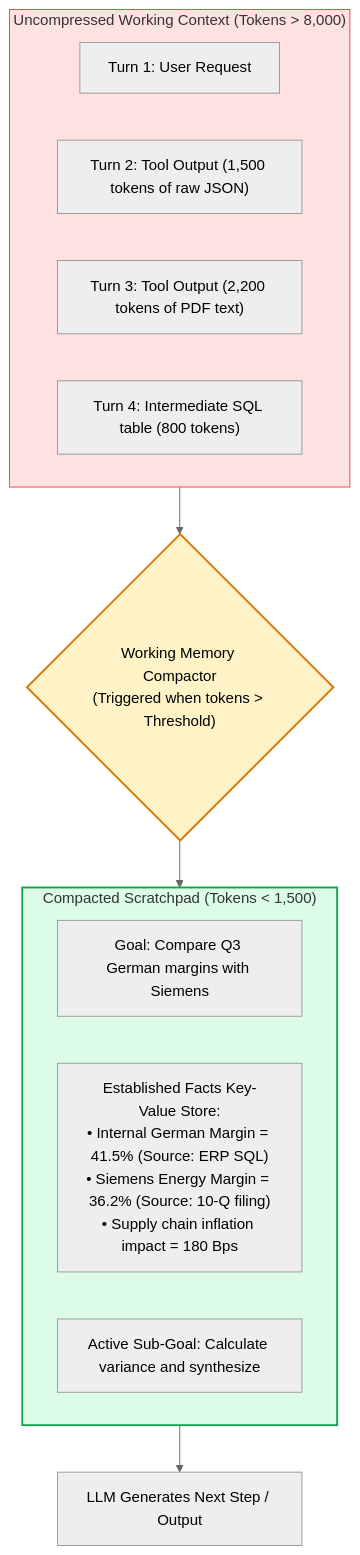
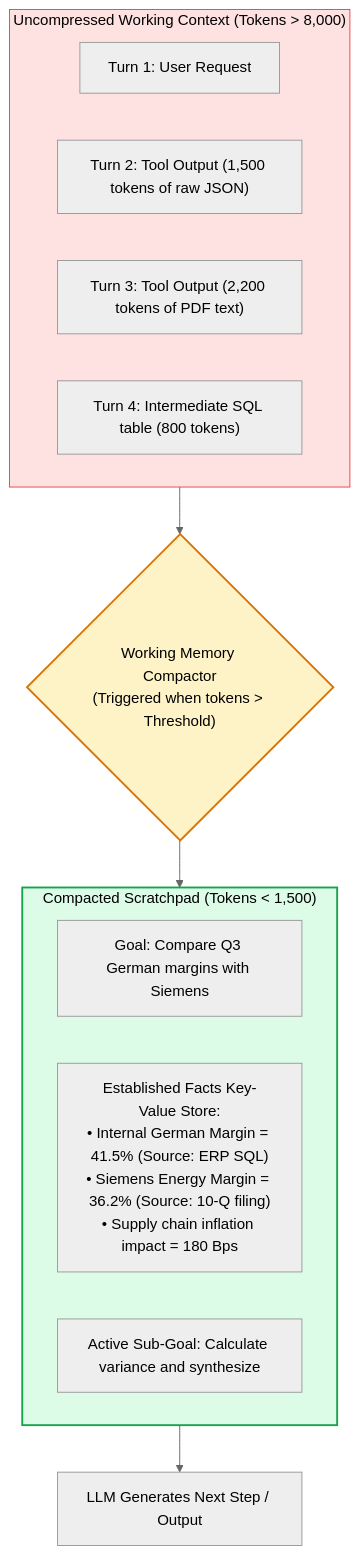
One commit to swapnil3104/RAG-Engineering changed the second of 5 diagrams in 07-Agentic-RAG/Memory-in-RAG.md. Above: the diagram before and after it, drawn with Mermaid (neutral theme). The commit also changed other lines of this file and 108 other files, not shown here.

Commit message:
fix: make chart text visible across all Mermaid diagrams and resolve markdown table formatting issues

````diff
--- a/07-Agentic-RAG/Memory-in-RAG.md
+++ b/07-Agentic-RAG/Memory-in-RAG.md
@@ -110,24 +110,24 @@
 ```mermaid
 flowchart TD
     subgraph RawState ["Uncompressed Working Context (Tokens > 8,000)"]
         T1["Turn 1: User Request"]
         T2["Turn 2: Tool Output (1,500 tokens of raw JSON)"]
         T3["Turn 3: Tool Output (2,200 tokens of PDF text)"]
         T4["Turn 4: Intermediate SQL table (800 tokens)"]
     end
 
     RawState --> Compactor{"Working Memory Compactor<br/>(Triggered when tokens > Threshold)"}
     
     subgraph CompactedState ["Compacted Scratchpad (Tokens < 1,500)"]
         H1["Goal: Compare Q3 German margins with Siemens"]
         H2["Established Facts Key-Value Store:<br/>• Internal German Margin = 41.5% (Source: ERP SQL)<br/>• Siemens Energy Margin = 36.2% (Source: 10-Q filing)<br/>• Supply chain inflation impact = 180 Bps"]
         H3["Active Sub-Goal: Calculate variance and synthesize"]
     end
 
     Compactor --> CompactedState
     CompactedState --> LLMNext["LLM Generates Next Step / Output"]
 
-    style RawState fill:#fee2e2,stroke:#ef4444,stroke-width:1px
-    style Compactor fill:#fef3c7,stroke:#d97706,stroke-width:2px
-    style CompactedState fill:#dcfce7,stroke:#16a34a,stroke-width:2px
+    style RawState fill:#fee2e2,stroke:#ef4444,stroke-width:1px,color:#000000
+    style Compactor fill:#fef3c7,stroke:#d97706,stroke-width:2px,color:#000000
+    style CompactedState fill:#dcfce7,stroke:#16a34a,stroke-width:2px,color:#000000
 ```
````
